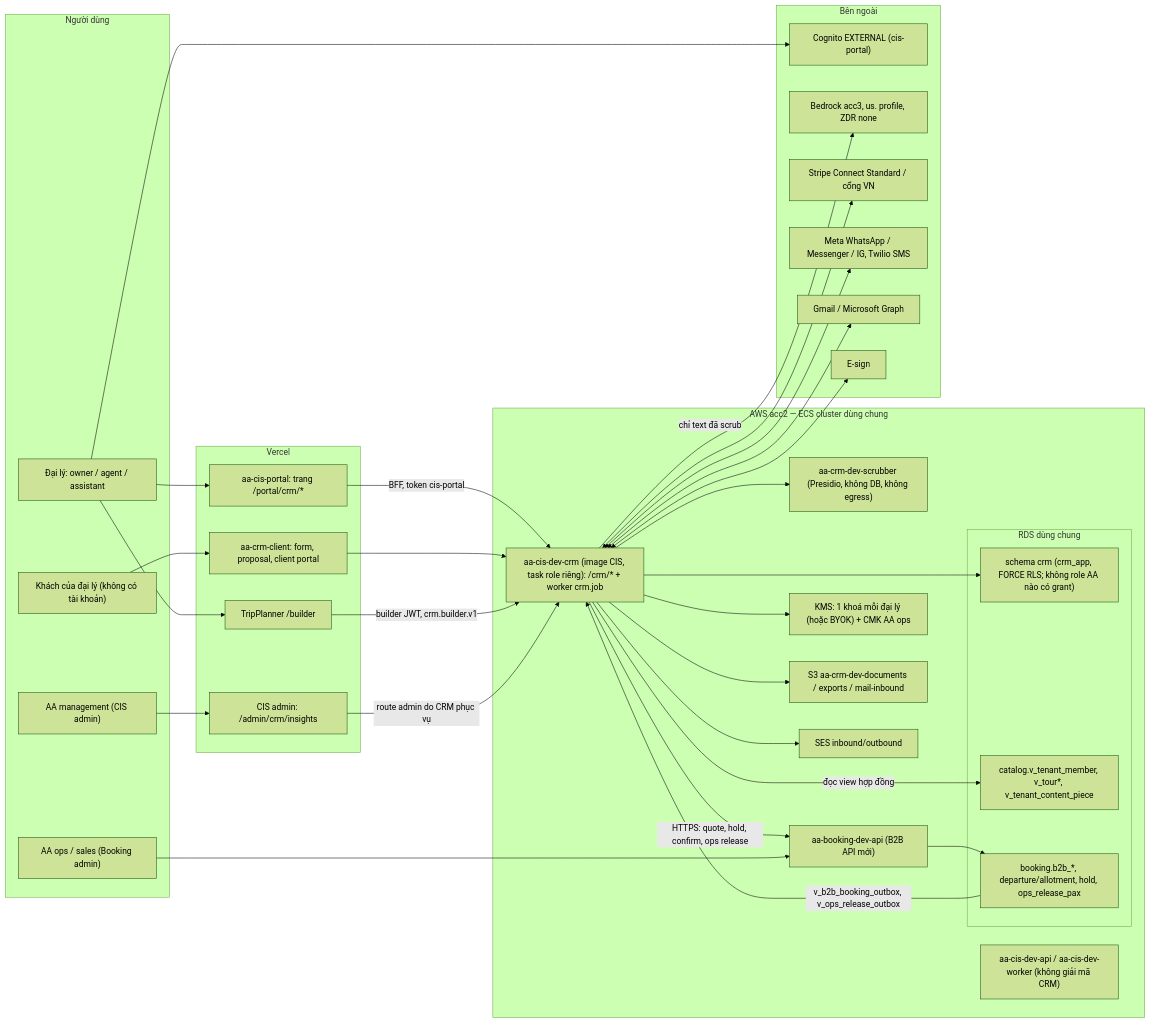
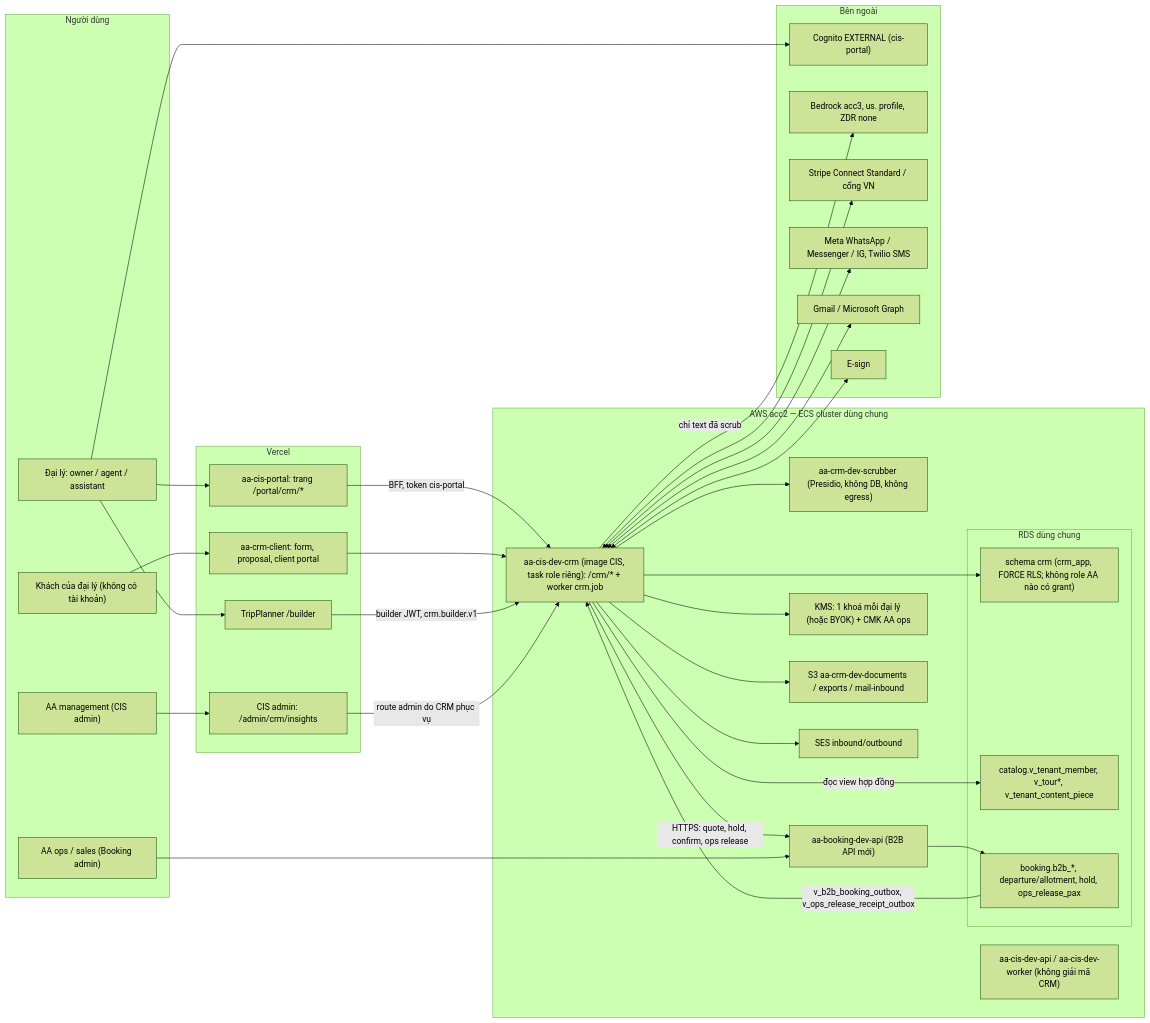
Before and after one commit to AdventureAsia365-Ecosys/AA-Ecosys: the diagram in docs/audits/2026-10-20-S245-tenant-crm/README.md, drawn with Mermaid (forest theme). The commit also changed other lines of this file, not shown here.

````diff
--- a/docs/audits/2026-10-20-S245-tenant-crm/README.md
+++ b/docs/audits/2026-10-20-S245-tenant-crm/README.md
@@ -248,56 +255,56 @@
 ```mermaid
 flowchart LR
   subgraph Users["Người dùng"]
     AG["Đại lý: owner / agent / assistant"]
     TR["Khách của đại lý (không có tài khoản)"]
     AAOPS["AA ops / sales (Booking admin)"]
     AAMGT["AA management (CIS admin)"]
   end
   subgraph Vercel["Vercel"]
     PORTAL["aa-cis-portal: trang /portal/crm/*"]
     CLIENT["aa-crm-client: form, proposal, client portal"]
     BUILDER["TripPlanner /builder"]
     ADMIN["CIS admin: /admin/crm/insights"]
   end
   subgraph ACC2["AWS acc2 — ECS cluster dùng chung"]
     CRMSVC["aa-cis-dev-crm (image CIS, task role riêng): /crm/* + worker crm.job"]
     SCRUB["aa-crm-dev-scrubber (Presidio, không DB, không egress)"]
     CISAPI["aa-cis-dev-api / aa-cis-dev-worker (không giải mã CRM)"]
     BKAPI["aa-booking-dev-api (B2B API mới)"]
     KMS["KMS: 1 khoá mỗi đại lý (hoặc BYOK) + CMK AA ops"]
     S3["S3 aa-crm-dev-documents / exports / mail-inbound"]
     SES["SES inbound/outbound"]
     subgraph RDS["RDS dùng chung"]
       CRMDB["schema crm (crm_app, FORCE RLS; không role AA nào có grant)"]
       CAT["catalog.v_tenant_member, v_tour*, v_tenant_content_piece"]
       BKDB["booking.b2b_*, departure/allotment, hold, ops_release_pax"]
     end
   end
   subgraph EXT["Bên ngoài"]
     COG["Cognito EXTERNAL (cis-portal)"]
     BED["Bedrock acc3, us. profile, ZDR none"]
     STRIPE["Stripe Connect Standard / cổng VN"]
     MSG["Meta WhatsApp / Messenger / IG, Twilio SMS"]
     MAIL["Gmail / Microsoft Graph"]
     ESIGN["E-sign"]
   end
   AG --> COG
   AG --> PORTAL -->|BFF, token cis-portal| CRMSVC
   TR --> CLIENT --> CRMSVC
   AG --> BUILDER -->|builder JWT, crm.builder.v1| CRMSVC
   CRMSVC --> CRMDB
   CRMSVC -->|đọc view hợp đồng| CAT
   CRMSVC -->|HTTPS: quote, hold, confirm, ops release| BKAPI --> BKDB
-  BKDB -->|v_b2b_booking_outbox, v_ops_release_outbox| CRMSVC
+  BKDB -->|v_b2b_booking_outbox, v_ops_release_receipt_outbox| CRMSVC
   AAOPS --> BKAPI
   AAMGT --> ADMIN -->|route admin do CRM phục vụ| CRMSVC
   CRMSVC --> KMS
   CRMSVC --> S3
   CRMSVC --> SES
   CRMSVC --> SCRUB
   CRMSVC -->|chỉ text đã scrub| BED
   CRMSVC <--> STRIPE
   CRMSVC <--> MSG
   CRMSVC <--> MAIL
   CRMSVC <--> ESIGN
 ```
````
